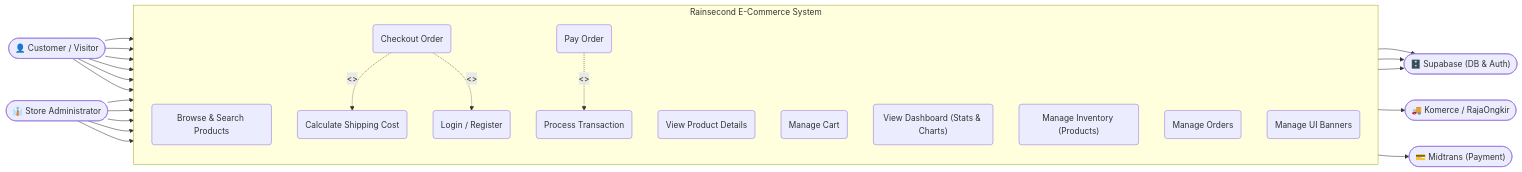
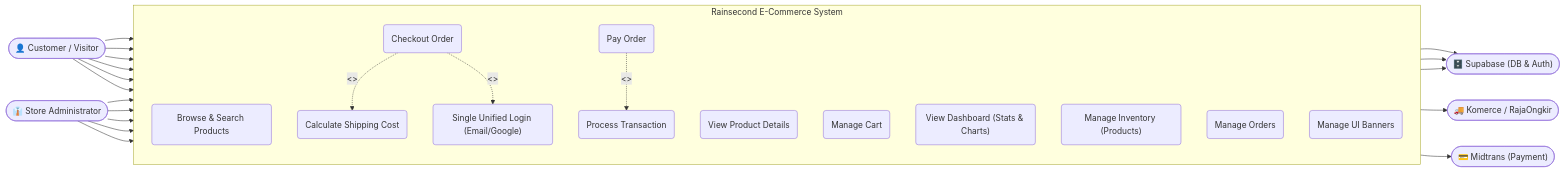
One commit to Trisnaibnu97/thrifting-store changed the first of 3 diagrams in Dokumentasi_Proyek.md. Above: the diagram before and after it, drawn with Mermaid. The commit also changed 5 other files, not shown here.

````diff
--- a/Dokumentasi_Proyek.md
+++ b/Dokumentasi_Proyek.md
@@ -5,44 +5,44 @@
 ```mermaid
 flowchart LR
     Cust(["👤 Customer / Visitor"])
     Adm(["👔 Store Administrator"])
     DB(["🗄️ Supabase (DB & Auth)"])
     API_Ship(["🚚 Komerce / RajaOngkir"])
     API_Pay(["💳 Midtrans (Payment)"])
 
     subgraph System["Rainsecond E-Commerce System"]
         direction TB
         UC1("Browse & Search Products")
         UC2("View Product Details")
         UC3("Manage Cart")
         UC4("Checkout Order")
-        UC5("Login / Register")
+        UC5("Single Unified Login (Email/Google)")
         UC6("Pay Order")
         UC7("View Dashboard (Stats & Charts)")
         UC8("Manage Inventory (Products)")
         UC9("Manage Orders")
         UC10("Manage UI Banners")
         UC11("Calculate Shipping Cost")
         UC12("Process Transaction")
     end
 
     Cust --> UC1
     Cust --> UC2
     Cust --> UC3
     Cust --> UC4
     Cust --> UC5
     Cust --> UC6
     Adm --> UC5
     Adm --> UC7
     Adm --> UC8
     Adm --> UC9
     Adm --> UC10
     UC4 -. "<<include>>" .-> UC11
     UC4 -. "<<include>>" .-> UC5
     UC6 -. "<<include>>" .-> UC12
     UC5 --> DB
     UC8 --> DB
     UC9 --> DB
     UC11 --> API_Ship
     UC12 --> API_Pay
 ```
````
